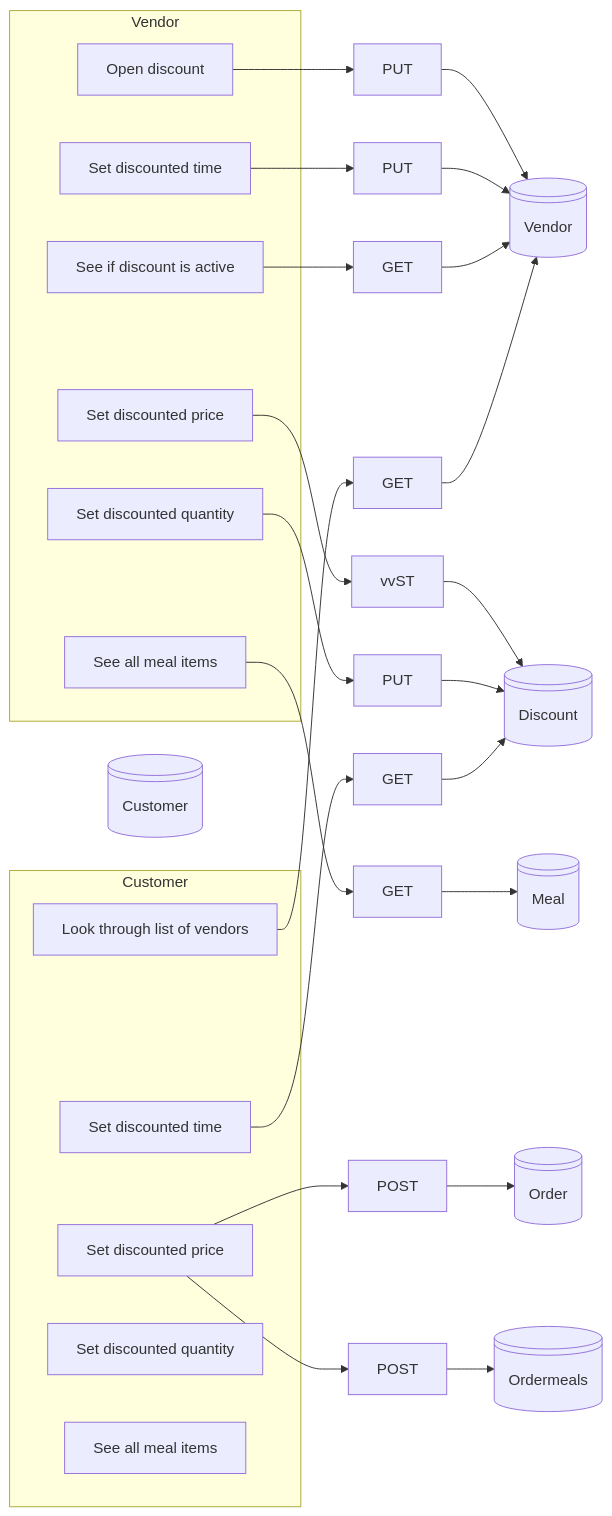
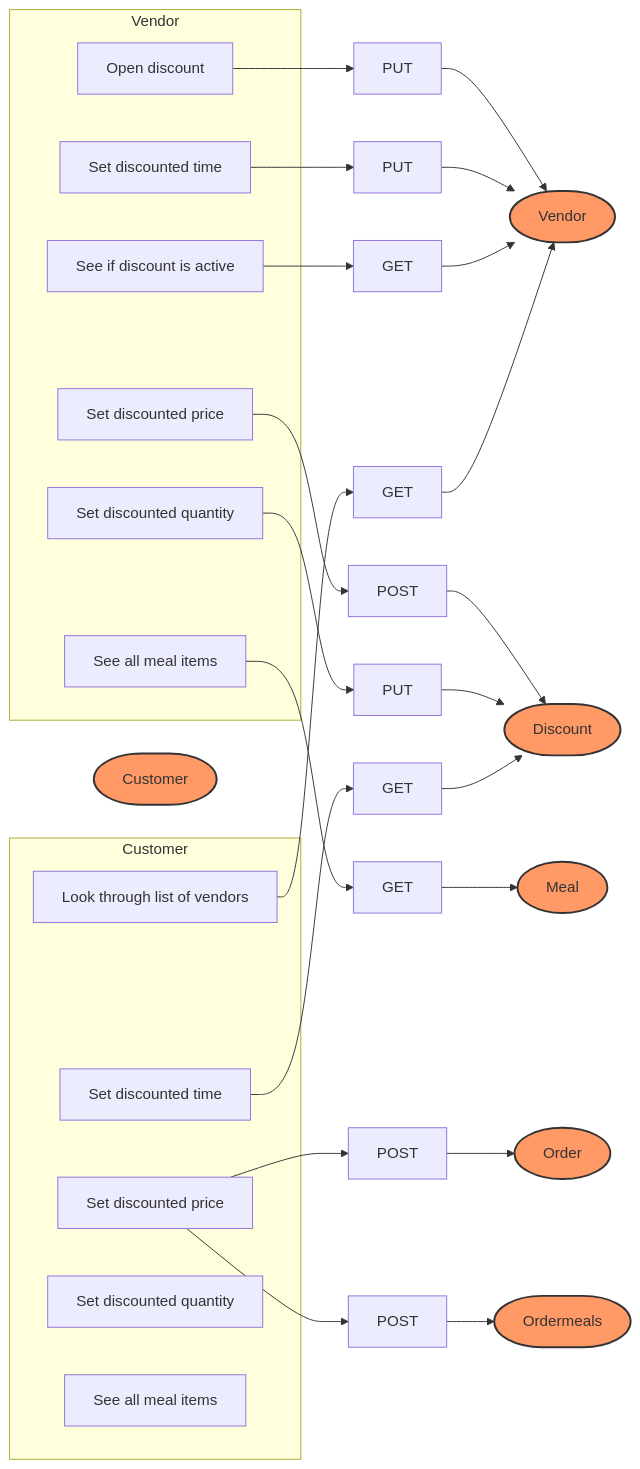
The diagram in flowchart.md (yichen0931/hacakthon), drawn with Mermaid before and after one commit.

Commit message:
merging again

````diff
--- a/flowchart.md
+++ b/flowchart.md
@@ -2,48 +2,48 @@
 ``` mermaid
 flowchart LR
 
 subgraph v0["Vendor"]
     v1["Open discount"]
     v2["Set discounted time"]
     v3["Set discounted price"]
     v4["Set discounted quantity"]
     v5["See all meal items"]
     v6["See if discount is active"]
 end
 
 subgraph c0["Customer"]
 	c1["Look through list of vendors"]
     c2["Set discounted time"]
     c3["Set discounted price"]
 	c4["Set discounted quantity"]
 	c5["See all meal items"]
 end
-
+    classDef disk fill:#f96,stroke:#333,stroke-width:2,rx:50,ry:50;
     customer["Customer"]
     order["Order"]
 	vendor["Vendor"]
 	meal["Meal"]
 	discount["Discount"]
     ordermeals["Ordermeals"]
     
-	customer@{ shape: disk}
-    order@{ shape: disk}
-    vendor@{ shape: disk}
-	meal@{shape: disk}
-	discount@{shape: disk}
-    ordermeals@{ shape: disk}
+    class customer, disk
+    class order, disk
+    class vendor, disk
+    class meal, disk
+    class discount, disk
+    class ordermeals, disk
 
 
 v1 --> vv1["PUT"] --> vendor
 v2 --> vv2["PUT"] --> vendor
-v3 --> vv3[" vvST"] --> discount
+v3 --> vv3["POST"] --> discount
 v4 --> vv4["PUT"] --> discount
 v5 --> vv5["GET"] --> meal
 v6 --> vv6["GET"] --> vendor
 
 c1 --> cc1["GET"] --> vendor
 c2 --> cc2["GET"] --> discount
 c3 --> cc3["POST"] --> order
 c3 --> cc4["POST"] --> ordermeals
 
 ```
````
